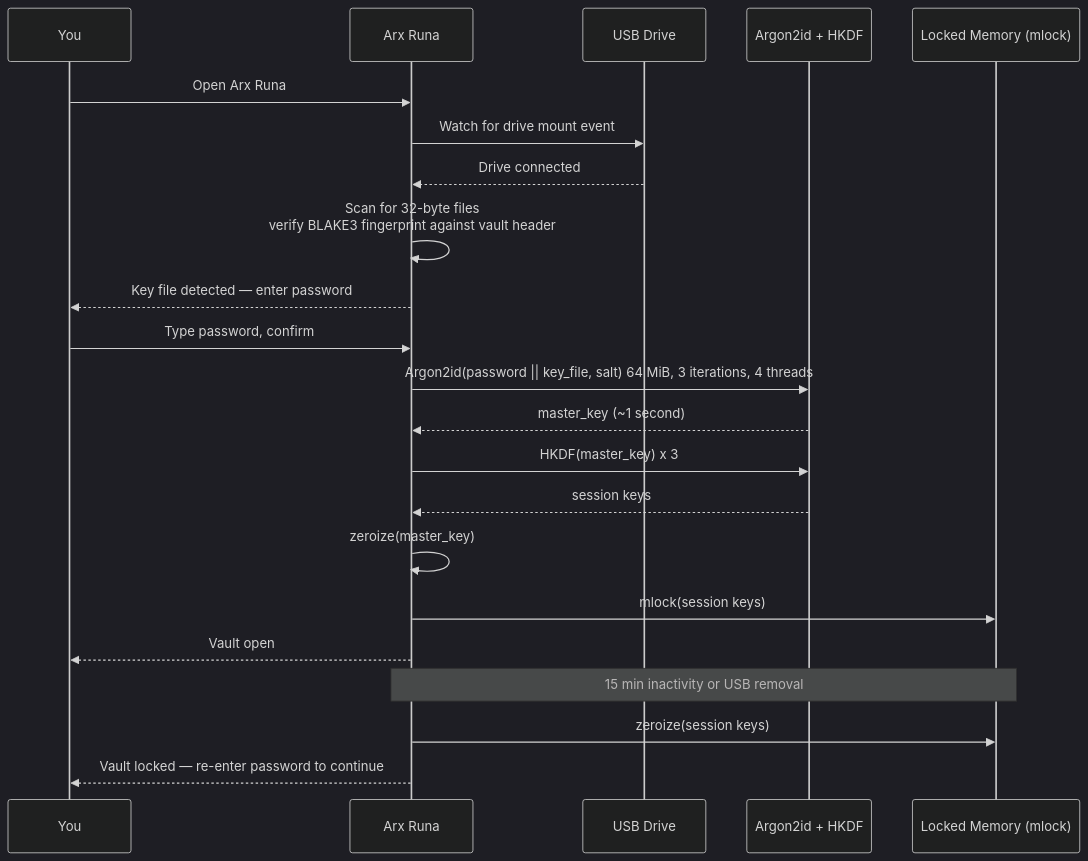
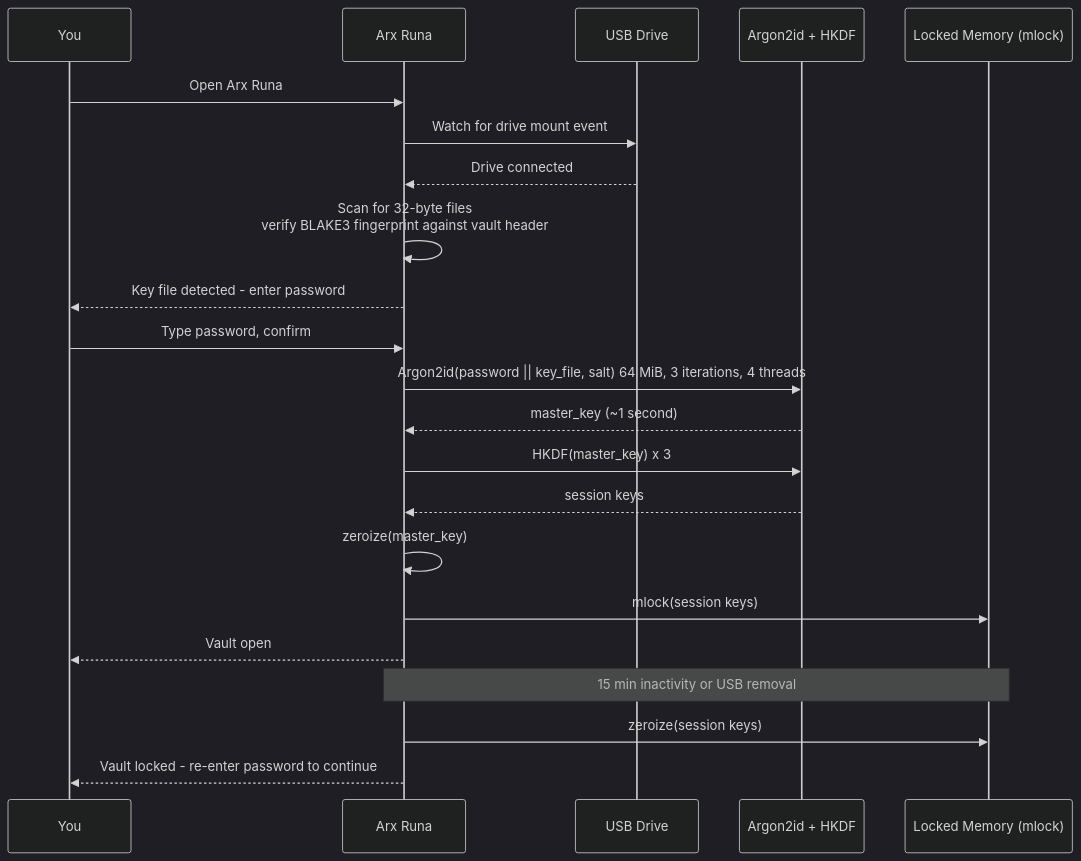
One commit to salgaard/arx-runa changed the third of 8 diagrams in docs/report/arx-runa-bachelorrapport.md. Above: the diagram before and after it, drawn with Mermaid (dark theme). The commit also changed other lines of this file, not shown here.

````diff
--- a/docs/report/arx-runa-bachelorrapport.md
+++ b/docs/report/arx-runa-bachelorrapport.md
@@ -500,26 +500,26 @@
 ```mermaid
 sequenceDiagram
     participant You
     participant App as Arx Runa
     participant USB as USB Drive
     participant KDF as Argon2id + HKDF
     participant Mem as Locked Memory (mlock)
 
     You->>App: Open Arx Runa
     App->>USB: Watch for drive mount event
     USB-->>App: Drive connected
     App->>App: Scan for 32-byte files<br/>verify BLAKE3 fingerprint against vault header
-    App-->>You: Key file detected — enter password
+    App-->>You: Key file detected - enter password
     You->>App: Type password, confirm
     App->>KDF: Argon2id(password #124;#124; key_file, salt) 64 MiB, 3 iterations, 4 threads
     KDF-->>App: master_key (~1 second)
     App->>KDF: HKDF(master_key) x 3
     KDF-->>App: session keys
     App->>App: zeroize(master_key)
     App->>Mem: mlock(session keys)
     App-->>You: Vault open
 
     note over App,Mem: 15 min inactivity or USB removal
     App->>Mem: zeroize(session keys)
-    App-->>You: Vault locked — re-enter password to continue
+    App-->>You: Vault locked - re-enter password to continue
 ```
````
